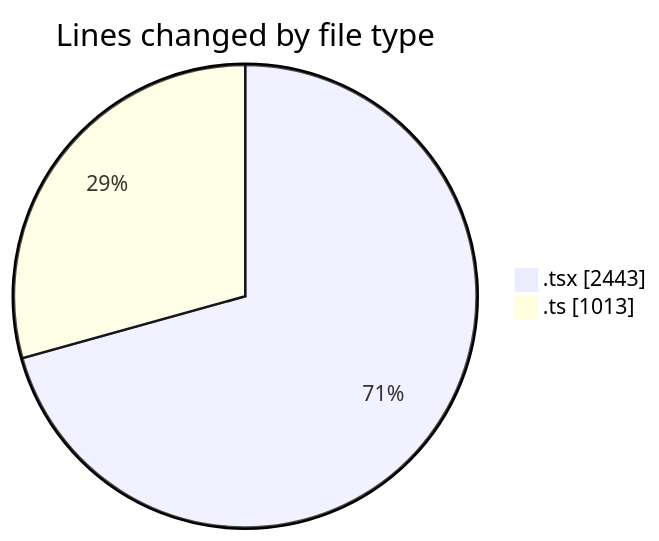
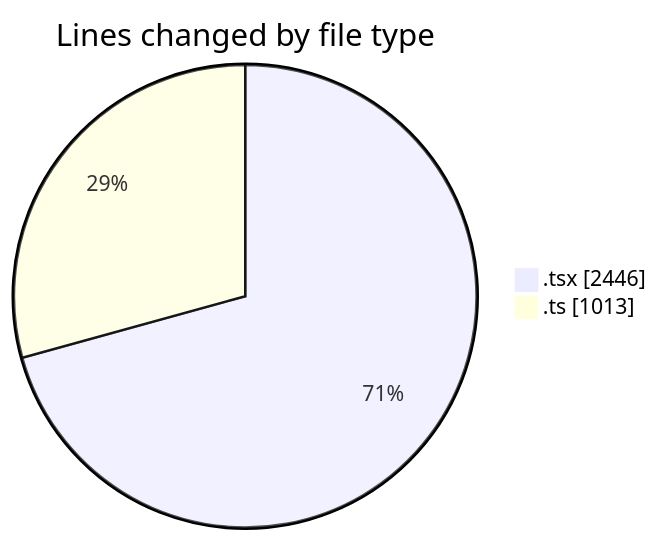
One commit to momahboobian/code-tracking changed the first of 2 diagrams in 2025-07-02/cda/README.md. Above: the diagram before and after it, drawn with Mermaid. The commit also changed other lines of this file and 1 other file, not shown here.

````diff
--- a/2025-07-02/cda/README.md
+++ b/2025-07-02/cda/README.md
@@ -26,6 +26,6 @@
 ```mermaid
 pie showData
 title Lines changed by file type
-".tsx" : 2443
+".tsx" : 2446
 ".ts" : 1013
 ```
````
